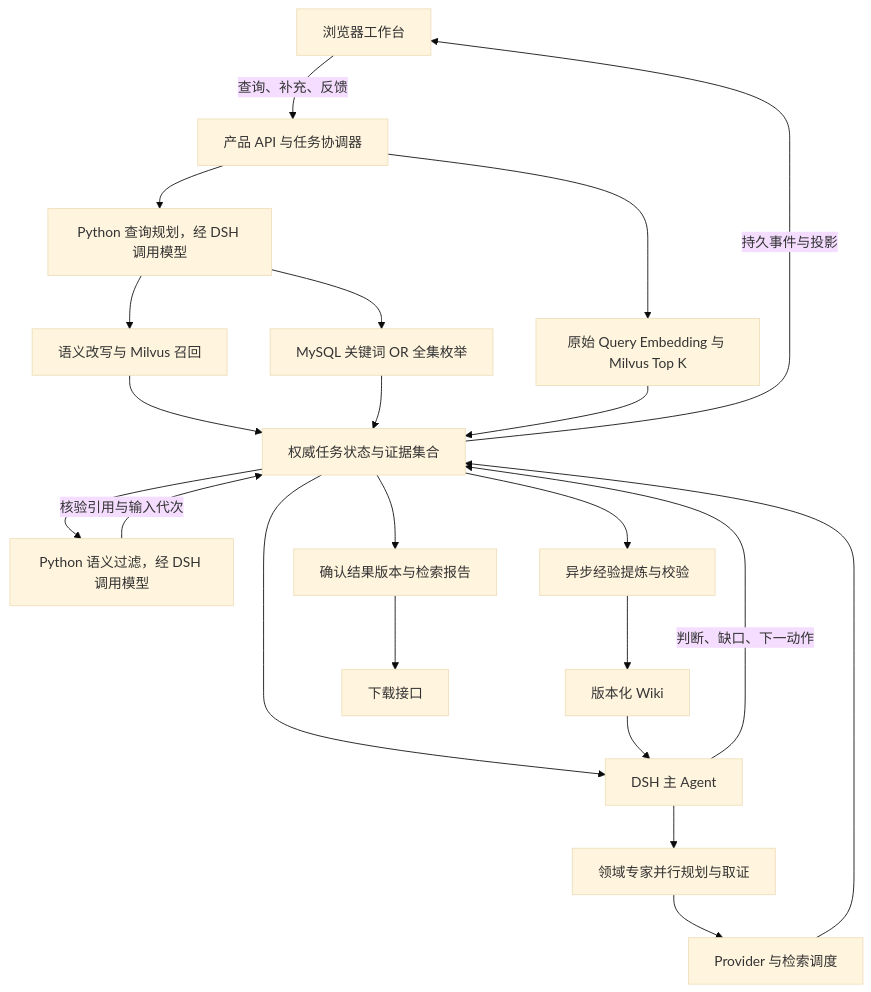
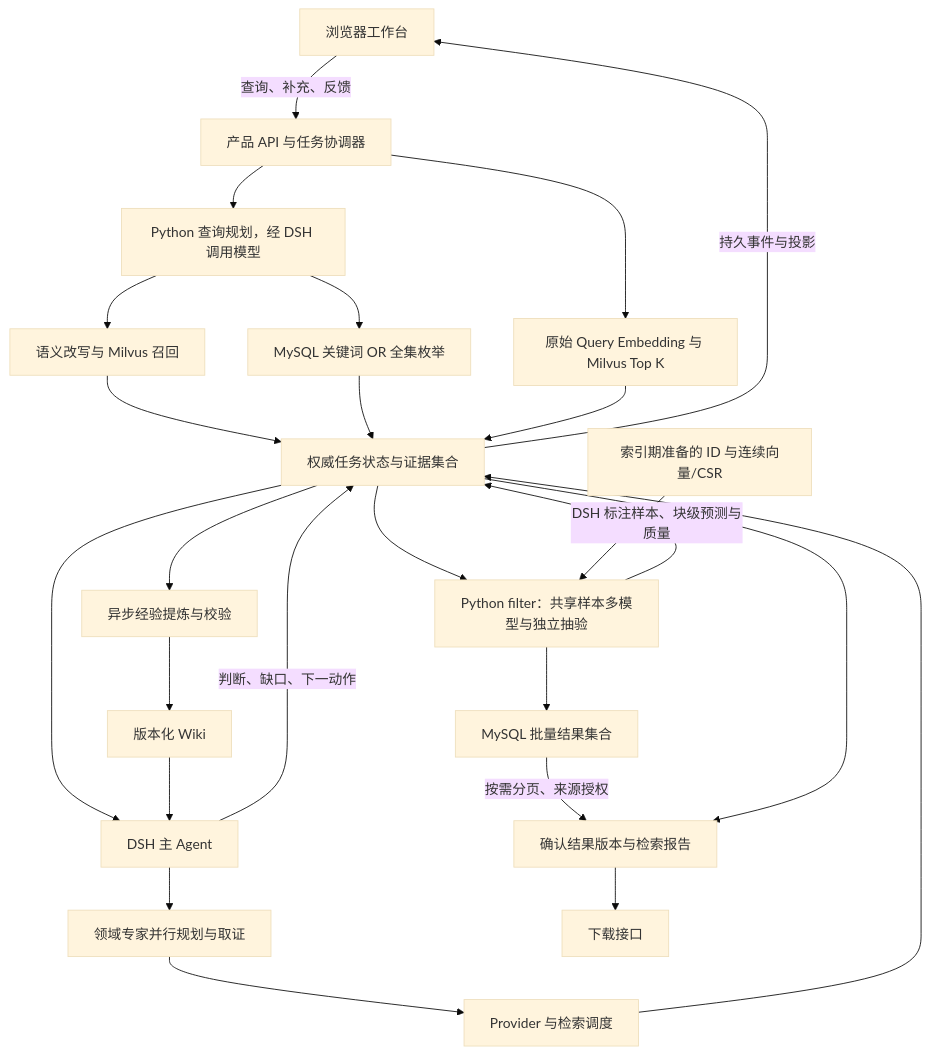
One commit to Merak-Wang/CaseWeave changed the diagram in docs/ARCHITECTURE.md. Above: the diagram before and after it, drawn with Mermaid (base theme). The commit also changed other lines of this file and 287 other files, not shown here.

````diff
--- a/docs/ARCHITECTURE.md
+++ b/docs/ARCHITECTURE.md
@@ -13,24 +13,27 @@
 ```mermaid
 flowchart TD
   U[浏览器工作台] -->|查询、补充、反馈| API[产品 API 与任务协调器]
   API --> Q[Python 查询规划，经 DSH 调用模型]
   API --> V[原始 Query Embedding 与 Milvus Top K]
   Q --> K[MySQL 关键词 OR 全集枚举]
   Q --> V2[语义改写与 Milvus 召回]
   V2 --> S
-  S --> O[Python 语义过滤，经 DSH 调用模型]
-  O -->|核验引用与输入代次| S
+  S --> O[Python filter：共享样本多模型与独立抽验]
+  F[索引期准备的 ID 与连续向量/CSR] --> O
+  O -->|DSH 标注样本、块级预测与质量| S
+  O --> M[MySQL 批量结果集合]
+  M -->|按需分页、来源授权| R
   K --> S[权威任务状态与证据集合]
   V --> S
   S --> A[DSH 主 Agent]
   W[版本化 Wiki] --> A
   A --> E[领域专家并行规划与取证]
   E --> P[Provider 与检索调度]
   P --> S
   A -->|判断、缺口、下一动作| S
   S -->|持久事件与投影| U
   S --> R[确认结果版本与检索报告]
   R --> D[下载接口]
   S --> L[异步经验提炼与校验]
   L --> W
 ```
````
